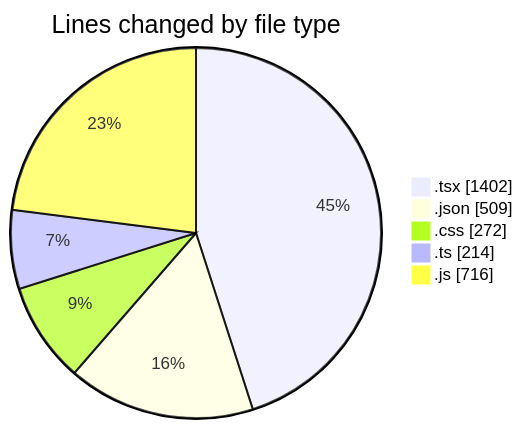
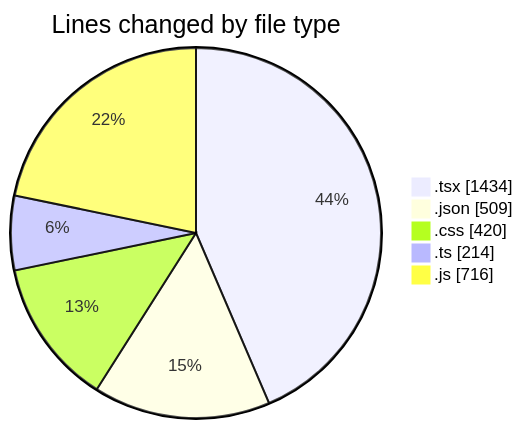
Before and after one commit to Elitesun/code-tracking: the first of 2 diagrams in 2025-05-04/niten/README.md, drawn with Mermaid. The commit also changed other lines of this file and 1 other file, not shown here.

````diff
--- a/2025-05-04/niten/README.md
+++ b/2025-05-04/niten/README.md
@@ -49,9 +50,9 @@
 ```mermaid
 pie showData
 title Lines changed by file type
-".tsx" : 1402
+".tsx" : 1434
 ".json" : 509
-".css" : 272
+".css" : 420
 ".ts" : 214
 ".js" : 716
 ```
````
